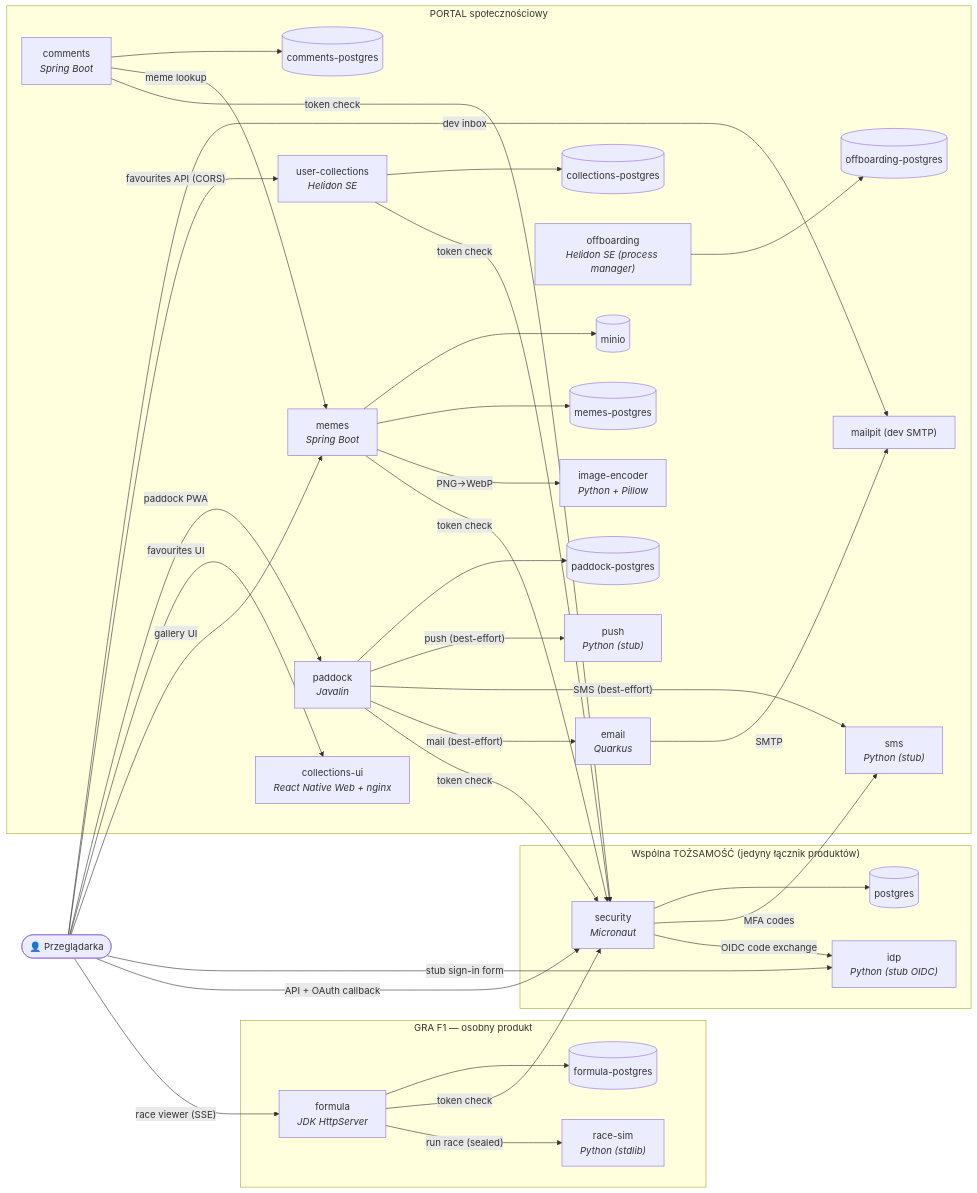
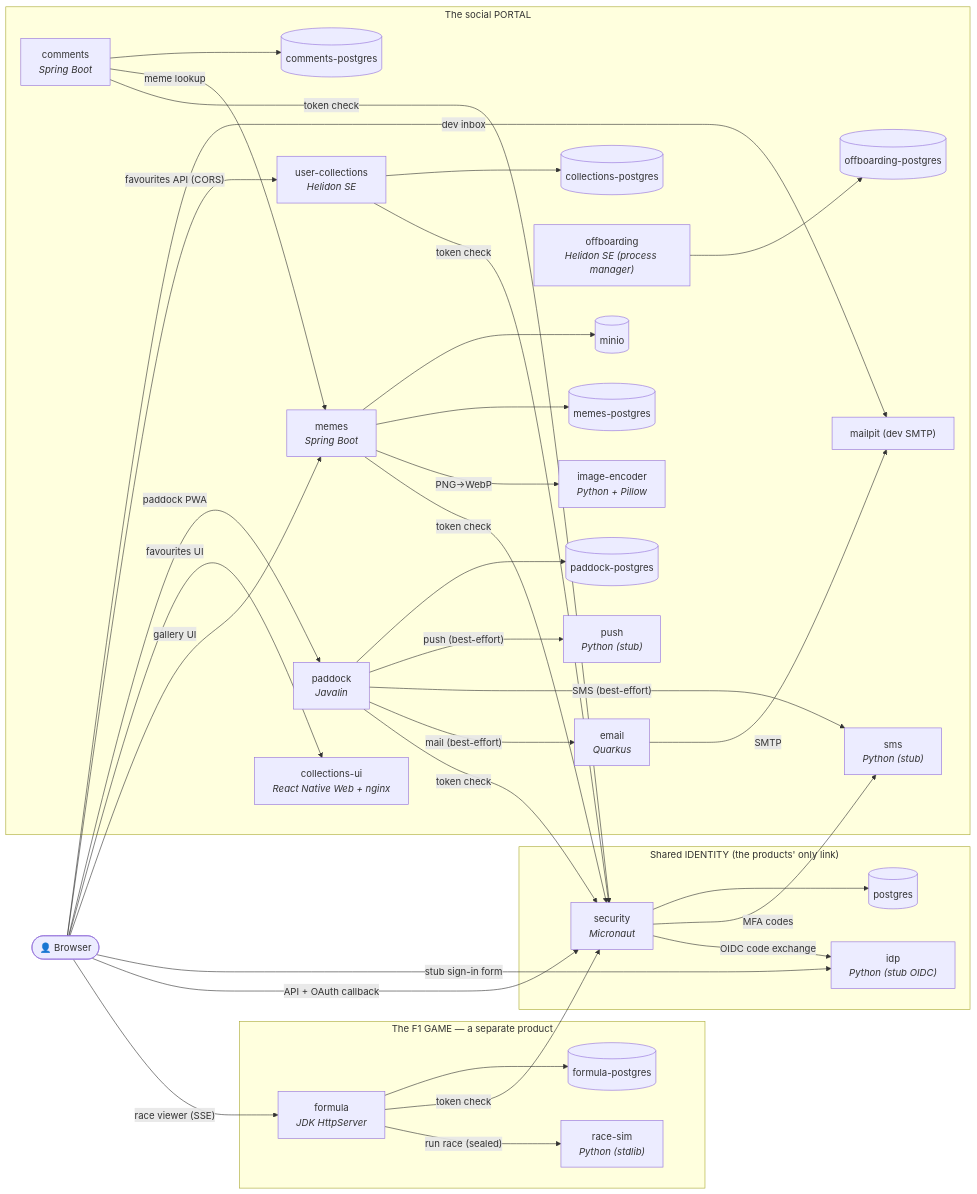
The second of 3 diagrams in docs/c4-architecture.md (jrobertgardzinski/workspace-shared), drawn with Mermaid before and after one commit. The commit also changed other lines of this file and 8 other files, not shown here.

````diff
--- a/docs/c4-architecture.md
+++ b/docs/c4-architecture.md
@@ -39,63 +39,63 @@
 ```mermaid
 flowchart LR
-  browser(["👤 Przeglądarka"])
-  subgraph portal ["PORTAL społecznościowy"]
+  browser(["👤 Browser"])
+  subgraph portal ["The social PORTAL"]
     collections_ui["collections-ui<br/><i>React Native Web + nginx</i>"]
     comments["comments<br/><i>Spring Boot</i>"]
     email["email<br/><i>Quarkus</i>"]
     image_encoder["image-encoder<br/><i>Python + Pillow</i>"]
     memes["memes<br/><i>Spring Boot</i>"]
     offboarding["offboarding<br/><i>Helidon SE (process manager)</i>"]
     paddock["paddock<br/><i>Javalin</i>"]
     push["push<br/><i>Python (stub)</i>"]
     sms["sms<br/><i>Python (stub)</i>"]
     user_collections["user-collections<br/><i>Helidon SE</i>"]
     collections_postgres[("collections-postgres")]
     comments_postgres[("comments-postgres")]
     memes_postgres[("memes-postgres")]
     minio[("minio")]
     offboarding_postgres[("offboarding-postgres")]
     paddock_postgres[("paddock-postgres")]
     mailpit["mailpit (dev SMTP)"]
   end
-  subgraph identity ["Wspólna TOŻSAMOŚĆ (jedyny łącznik produktów)"]
+  subgraph identity ["Shared IDENTITY (the products' only link)"]
     idp["idp<br/><i>Python (stub OIDC)</i>"]
     security["security<br/><i>Micronaut</i>"]
     postgres[("postgres")]
   end
-  subgraph game ["GRA F1 — osobny produkt"]
+  subgraph game ["The F1 GAME — a separate product"]
     formula["formula<br/><i>JDK HttpServer</i>"]
     race_sim["race-sim<br/><i>Python (stdlib)</i>"]
     formula_postgres[("formula-postgres")]
   end
   browser -->|"gallery UI"| memes
   browser -->|"favourites UI"| collections_ui
   browser -->|"paddock PWA"| paddock
   browser -->|"race viewer (SSE)"| formula
   browser -->|"API + OAuth callback"| security
   browser -->|"favourites API (CORS)"| user_collections
   browser -->|"stub sign-in form"| idp
   browser -->|"dev inbox"| mailpit
   security -->|"OIDC code exchange"| idp
   security -->|"MFA codes"| sms
   email -->|"SMTP"| mailpit
   memes -->|"token check"| security
   memes -->|"PNG→WebP"| image_encoder
   comments -->|"token check"| security
   comments -->|"meme lookup"| memes
   paddock -->|"token check"| security
   paddock -->|"mail (best-effort)"| email
   paddock -->|"SMS (best-effort)"| sms
   paddock -->|"push (best-effort)"| push
   user_collections -->|"token check"| security
   formula -->|"run race (sealed)"| race_sim
   formula -->|"token check"| security
   security --> postgres
   memes --> memes_postgres
   memes --> minio
   comments --> comments_postgres
   paddock --> paddock_postgres
   user_collections --> collections_postgres
   offboarding --> offboarding_postgres
   formula --> formula_postgres
 ```
````
